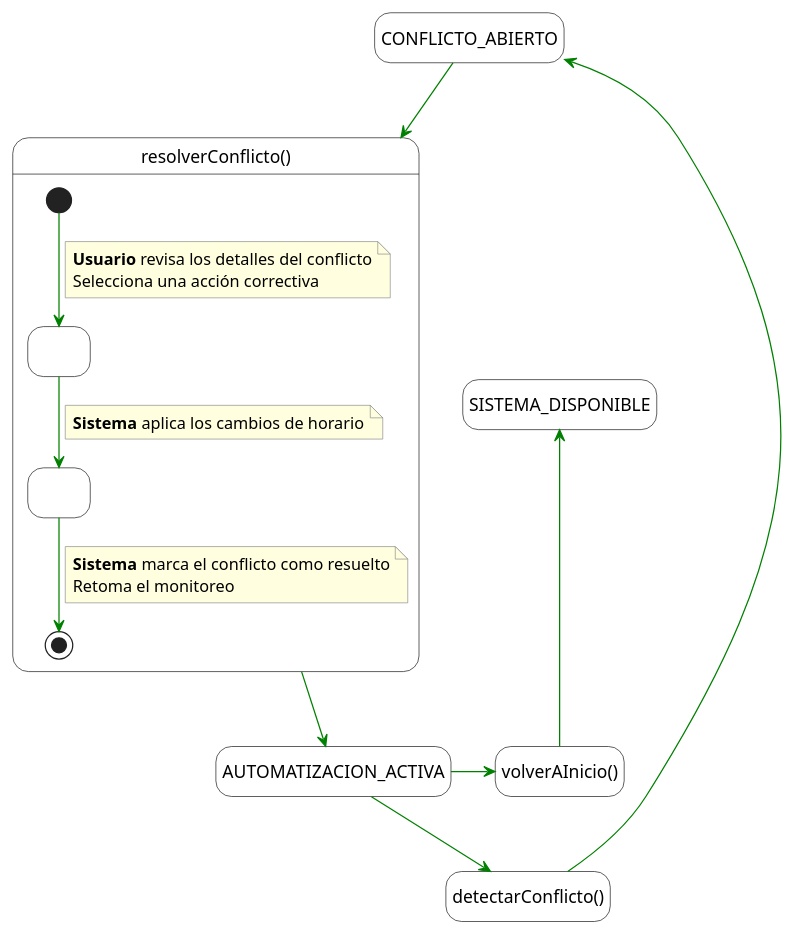
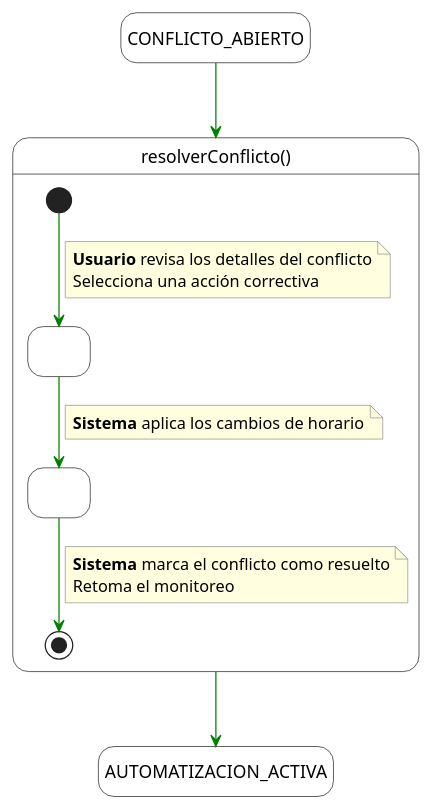
Before and after one commit to inigovaqueroo04/25-26-IdSw1-SdR: the diagram in documents/actoresYCasosDeUso/detalladoYPrototipado/automatizacionActorTiempo/resolverConflicto/resolverConflicto.puml, drawn with PlantUML. The commit also changed 3 other files, not shown here.

Commit message:
Fix en el detallado de Automatizacion mas concretamente en el resolverConflicto()

```diff
--- a/documents/actoresYCasosDeUso/detalladoYPrototipado/automatizacionActorTiempo/resolverConflicto/resolverConflicto.puml
+++ b/documents/actoresYCasosDeUso/detalladoYPrototipado/automatizacionActorTiempo/resolverConflicto/resolverConflicto.puml
@@ -1,54 +1,47 @@
 @startuml
 hide empty description
 
 skinparam state {
     BackgroundColor White
     BorderColor Black
     ArrowColor Green
 }
 skinparam note {
     BackgroundColor LightYellow
     BorderColor Gray
 }
 
 state CONFLICTO_ABIERTO
 
 state "resolverConflicto()" as MainBlock {
     
     [*] --> Paso1
     note on link
         **Usuario** revisa los detalles del conflicto
         Selecciona una acción correctiva
     end note
 
     state Paso1 as " "
     
     Paso1 --> Paso2
     note on link
         **Sistema** aplica los cambios de horario
     end note
 
     state Paso2 as " "
 
     Paso2 --> [*]
     note on link
         **Sistema** marca el conflicto como resuelto
         Retoma el monitoreo
     end note
 }
 
 CONFLICTO_ABIERTO -down-> MainBlock
 
 state AUTOMATIZACION_ACTIVA
 MainBlock -down-> AUTOMATIZACION_ACTIVA
 
-state eventoTiempo as "detectarConflicto()"
-AUTOMATIZACION_ACTIVA -down-> eventoTiempo
-eventoTiempo -up-> CONFLICTO_ABIERTO
 
-state salir as "volverAInicio()"
-state SISTEMA_DISPONIBLE
-AUTOMATIZACION_ACTIVA -right-> salir
-salir -up-> SISTEMA_DISPONIBLE
 
 @enduml
```
